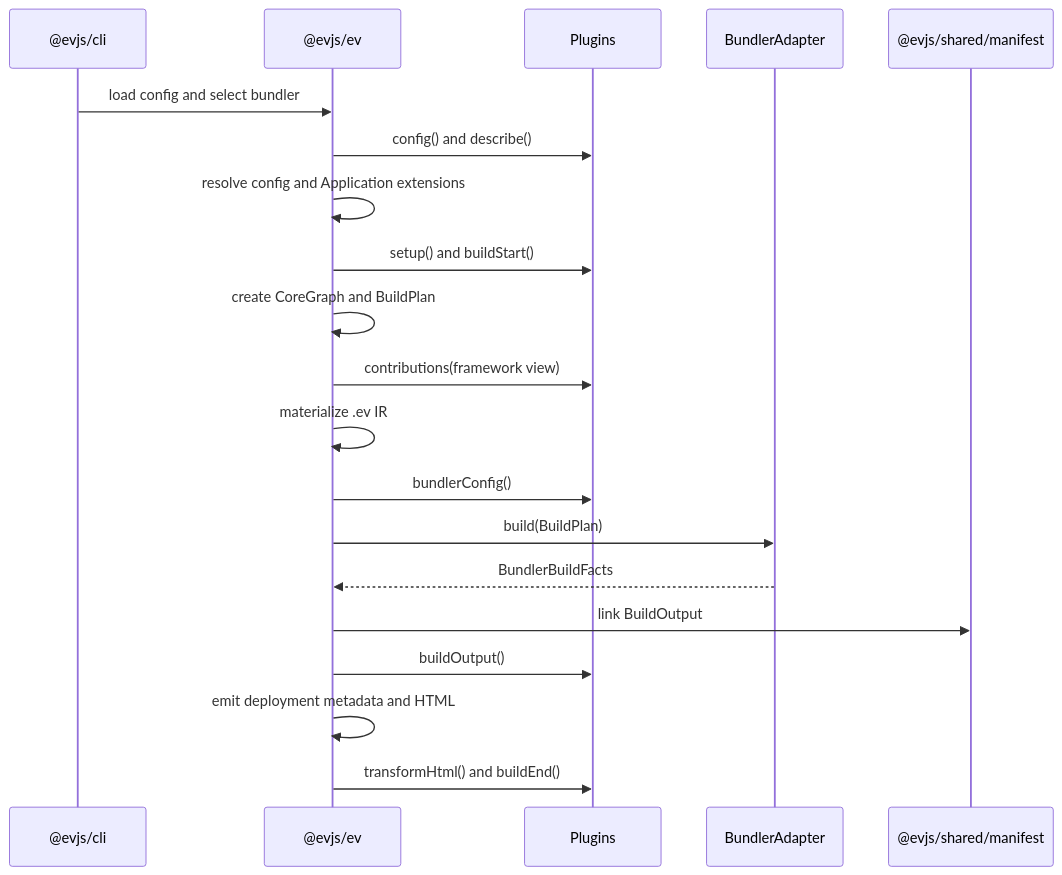
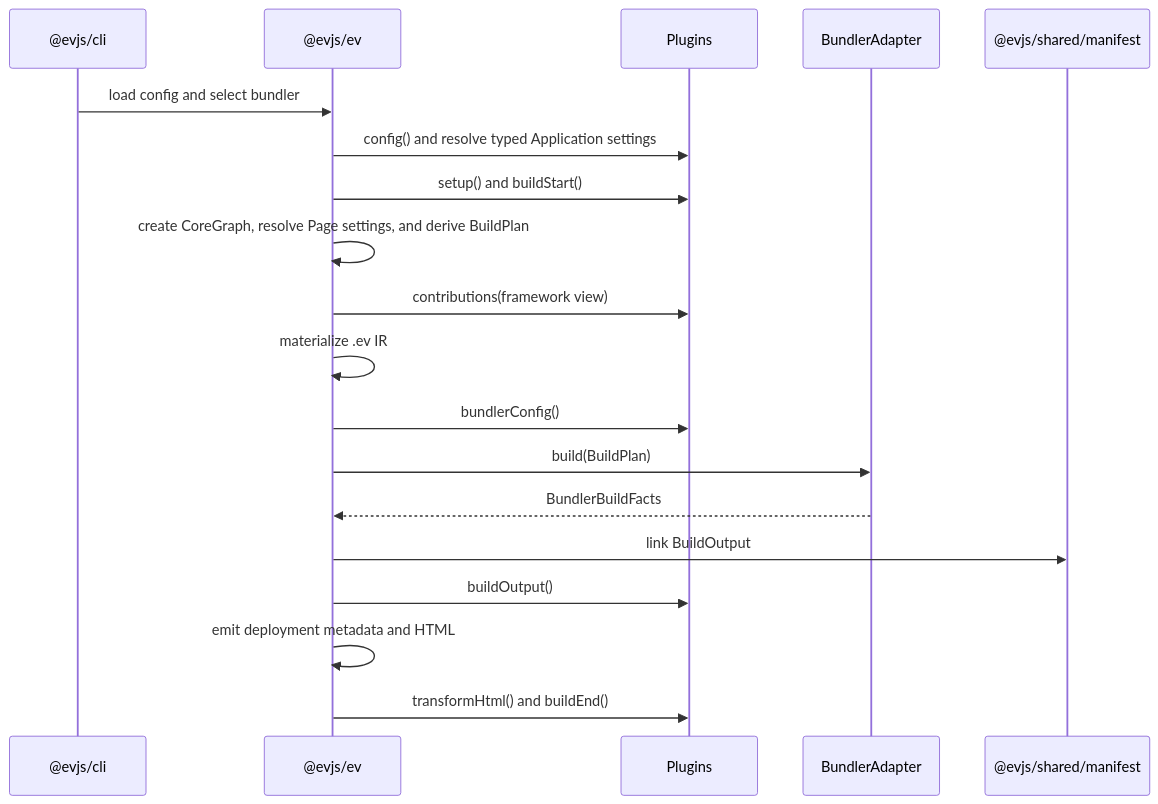
One commit to afx-team/evjs changed the diagram in ARCHITECTURE.md. Above: the diagram before and after it, drawn with Mermaid. The commit also changed other lines of this file and 128 other files, not shown here.

First line of the commit message:
refactor(plugin): unify typed plugin configuration

````diff
--- a/ARCHITECTURE.md
+++ b/ARCHITECTURE.md
@@ -87,23 +89,22 @@
 ```mermaid
 sequenceDiagram
   participant CLI as @evjs/cli
   participant EV as @evjs/ev
   participant Plugin as Plugins
   participant Bundler as BundlerAdapter
   participant Shared as @evjs/shared/manifest
 
   CLI->>EV: load config and select bundler
-  EV->>Plugin: config() and describe()
-  EV->>EV: resolve config and Application extensions
+  EV->>Plugin: config() and resolve typed Application settings
   EV->>Plugin: setup() and buildStart()
-  EV->>EV: create CoreGraph and BuildPlan
+  EV->>EV: create CoreGraph, resolve Page settings, and derive BuildPlan
   EV->>Plugin: contributions(framework view)
   EV->>EV: materialize .ev IR
   EV->>Plugin: bundlerConfig()
   EV->>Bundler: build(BuildPlan)
   Bundler-->>EV: BundlerBuildFacts
   EV->>Shared: link BuildOutput
   EV->>Plugin: buildOutput()
   EV->>EV: emit deployment metadata and HTML
   EV->>Plugin: transformHtml() and buildEnd()
 ```
````
